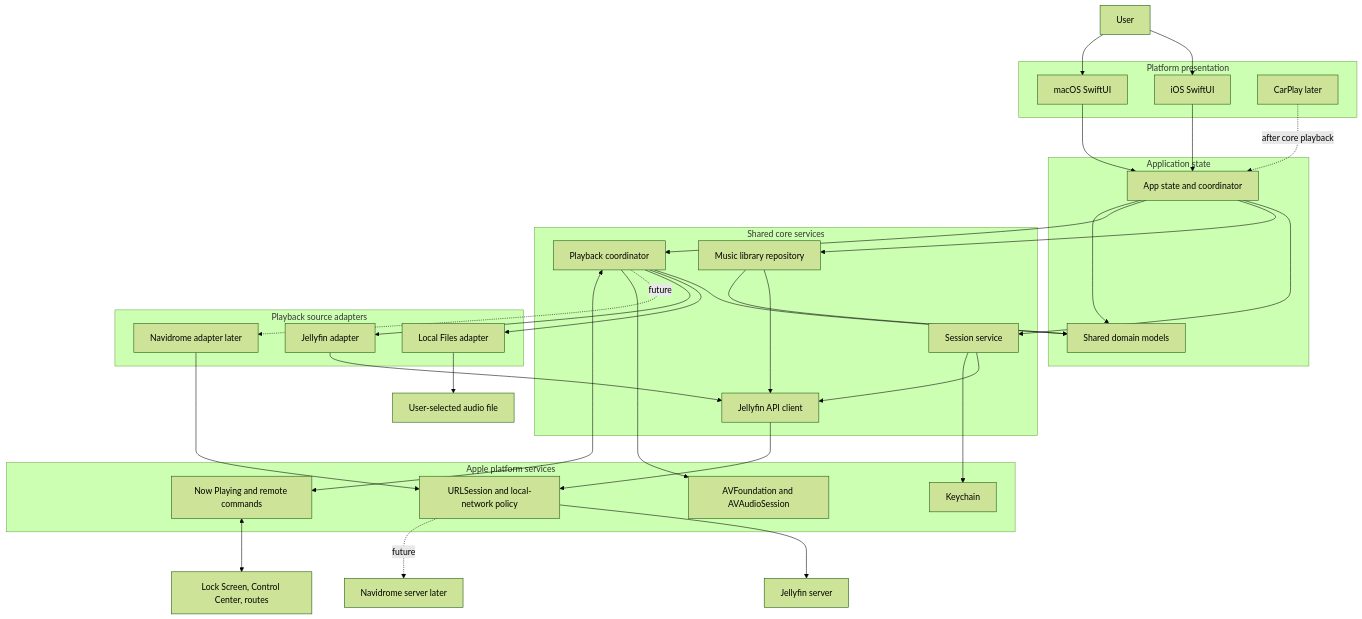
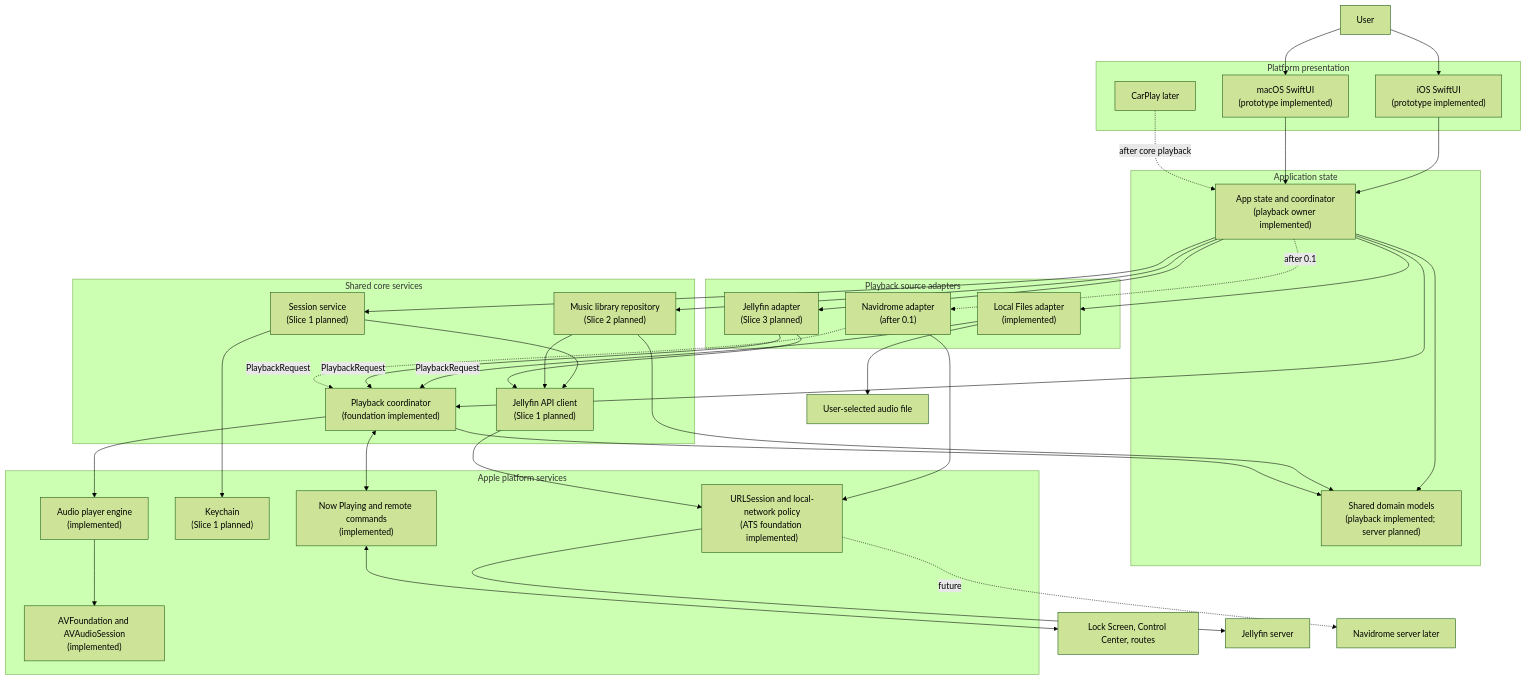
Before and after one commit to schillt/velacanto: the first of 4 diagrams in docs/architecture.md, drawn with Mermaid (forest theme). The commit also changed other lines of this file and 6 other files, not shown here.

Commit message:
Align 0.1 architecture and delivery plan

````diff
--- a/docs/architecture.md
+++ b/docs/architecture.md
@@ -8,69 +9,74 @@
 ```mermaid
 flowchart TB
     User["User"]
     SystemUI["Lock Screen, Control Center, routes"]
 
     subgraph Presentation["Platform presentation"]
-        IOS["iOS SwiftUI"]
-        Mac["macOS SwiftUI"]
+        IOS["iOS SwiftUI<br/>(prototype implemented)"]
+        Mac["macOS SwiftUI<br/>(prototype implemented)"]
         CarPlay["CarPlay later"]
     end
 
     subgraph Application["Application state"]
-        Coordinator["App state and coordinator"]
-        Models["Shared domain models"]
+        Coordinator["App state and coordinator<br/>(playback owner implemented)"]
+        Models["Shared domain models<br/>(playback implemented; server planned)"]
     end
 
     subgraph Core["Shared core services"]
-        Session["Session service"]
-        API["Jellyfin API client"]
-        Library["Music library repository"]
-        Playback["Playback coordinator"]
+        Session["Session service<br/>(Slice 1 planned)"]
+        API["Jellyfin API client<br/>(Slice 1 planned)"]
+        Library["Music library repository<br/>(Slice 2 planned)"]
+        Playback["Playback coordinator<br/>(foundation implemented)"]
     end
 
     subgraph Sources["Playback source adapters"]
-        LocalAdapter["Local Files adapter"]
-        JellyfinAdapter["Jellyfin adapter"]
-        NavidromeAdapter["Navidrome adapter later"]
+        LocalAdapter["Local Files adapter<br/>(implemented)"]
+        JellyfinAdapter["Jellyfin adapter<br/>(Slice 3 planned)"]
+        NavidromeAdapter["Navidrome adapter<br/>(after 0.1)"]
     end
 
     subgraph Apple["Apple platform services"]
-        Networking["URLSession and local-network policy"]
-        Keychain["Keychain"]
-        AV["AVFoundation and AVAudioSession"]
-        Media["Now Playing and remote commands"]
+        Networking["URLSession and local-network policy<br/>(ATS foundation implemented)"]
+        Keychain["Keychain<br/>(Slice 1 planned)"]
+        Engine["Audio player engine<br/>(implemented)"]
+        AV["AVFoundation and AVAudioSession<br/>(implemented)"]
+        Media["Now Playing and remote commands<br/>(implemented)"]
     end
 
     LocalFile["User-selected audio file"]
     Jellyfin["Jellyfin server"]
     Navidrome["Navidrome server later"]
 
     User --> IOS
     User --> Mac
     IOS --> Coordinator
     Mac --> Coordinator
     CarPlay -. "after core playback" .-> Coordinator
 
     Coordinator --> Session
     Coordinator --> Library
     Coordinator --> Playback
     Coordinator --> Models
+    Coordinator --> LocalAdapter
+    Coordinator --> JellyfinAdapter
+    Coordinator -. "after 0.1" .-> NavidromeAdapter
 
     Session --> API
     Session --> Keychain
     Library --> API
     Library --> Models
     Playback --> Models
-    Playback --> LocalAdapter
-    Playback --> JellyfinAdapter
-    Playback -. "future" .-> NavidromeAdapter
+    LocalAdapter -- "PlaybackRequest" --> Playback
+    JellyfinAdapter -- "PlaybackRequest" --> Playback
+    NavidromeAdapter -. "PlaybackRequest" .-> Playback
     LocalAdapter --> LocalFile
     JellyfinAdapter --> API
     NavidromeAdapter --> Networking
     API --> Networking
     Networking --> Jellyfin
     Networking -. "future" .-> Navidrome
-    Playback --> AV
+    Playback --> Engine
+    Engine --> AV
     Playback <--> Media
     Media <--> SystemUI
 ```
````
